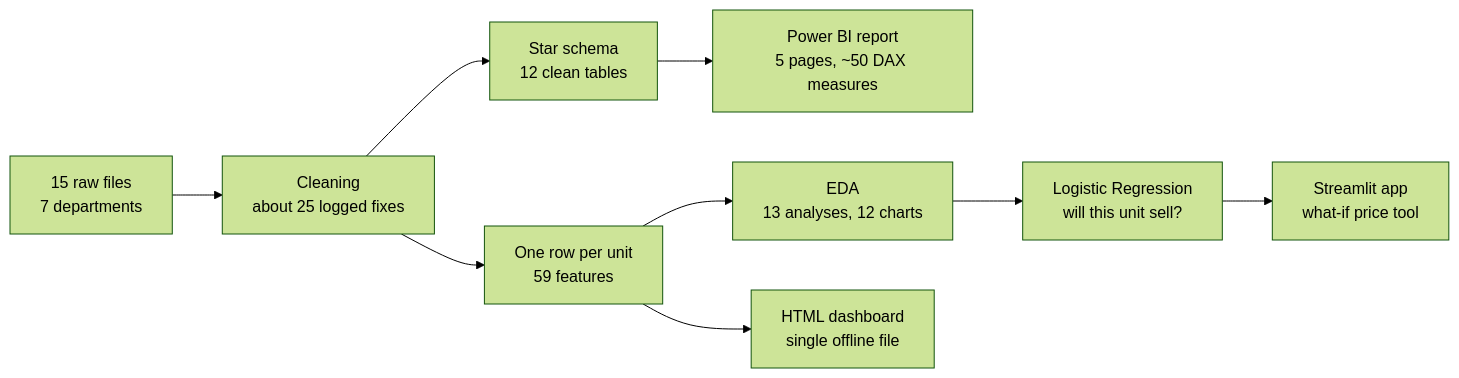
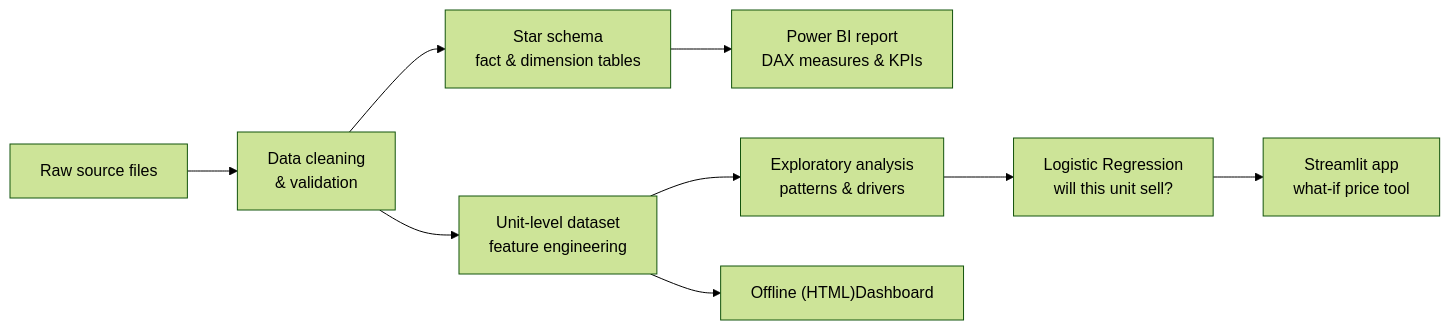
The diagram in README.md (moustafagabbas/baghoosh-resort-analytics), drawn with Mermaid (forest theme) before and after one commit. The commit also changed other lines of this file, not shown here.

````diff
--- a/README.md
+++ b/README.md
@@ -82,11 +82,11 @@
 ```mermaid
 flowchart LR
-    A["15 raw files<br/>7 departments"] --> B["Cleaning<br/>about 25 logged fixes"]
-    B --> C["Star schema<br/>12 clean tables"]
-    B --> D["One row per unit<br/>59 features"]
-    C --> E["Power BI report<br/>5 pages, ~50 DAX measures"]
-    D --> F["EDA<br/>13 analyses, 12 charts"]
+    A["Raw source files"] --> B["Data cleaning<br/>& validation"]
+    B --> C["Star schema<br/>fact & dimension tables"]
+    B --> D["Unit-level dataset<br/>feature engineering"]
+    C --> E["Power BI report<br/>DAX measures & KPIs"]
+    D --> F["Exploratory analysis<br/>patterns & drivers"]
     F --> G["Logistic Regression<br/>will this unit sell?"]
     G --> H["Streamlit app<br/>what-if price tool"]
-    D --> I["HTML dashboard<br/>single offline file"]
+    D --> I["Offline (HTML)Dashboard<br/>"]
 ```
````
